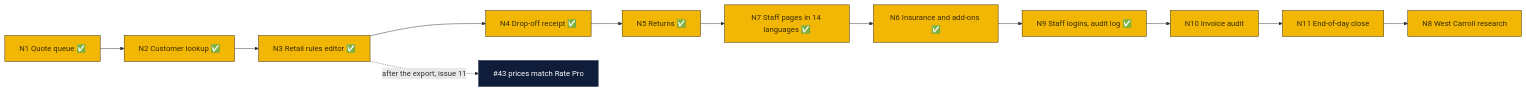
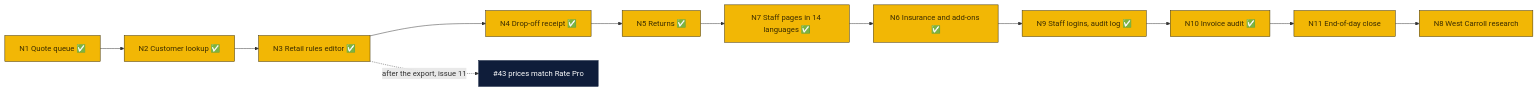
One commit to wbp318/goin-postal-forsythe changed the tenth of 12 diagrams in AGENDA.md. Above: the diagram before and after it, drawn with Mermaid. The commit also changed other lines of this file and 19 other files, not shown here.

First line of the commit message:
PeterShip: carrier invoice audit (N10)

````diff
--- a/AGENDA.md
+++ b/AGENDA.md
@@ -305,9 +305,9 @@
 ```mermaid
 flowchart LR
-  N1["N1 Quote queue ✅"] --> N2["N2 Customer lookup ✅"] --> N3["N3 Retail rules editor ✅"] --> N4["N4 Drop-off receipt ✅"] --> N5["N5 Returns ✅"] --> N7["N7 Staff pages in 14 languages ✅"] --> N6["N6 Insurance and add-ons ✅"] --> N9["N9 Staff logins, audit log ✅"] --> N10["N10 Invoice audit"] --> N11["N11 End-of-day close"] --> N8["N8 West Carroll research"]
+  N1["N1 Quote queue ✅"] --> N2["N2 Customer lookup ✅"] --> N3["N3 Retail rules editor ✅"] --> N4["N4 Drop-off receipt ✅"] --> N5["N5 Returns ✅"] --> N7["N7 Staff pages in 14 languages ✅"] --> N6["N6 Insurance and add-ons ✅"] --> N9["N9 Staff logins, audit log ✅"] --> N10["N10 Invoice audit ✅"] --> N11["N11 End-of-day close"] --> N8["N8 West Carroll research"]
   N3 -.->|"after the export, issue 11"| R["#43 prices match Rate Pro"]
   classDef store fill:#f2b705,stroke:#3b2c00,color:#3b2c00
   classDef cloud fill:#0f1d3a,stroke:#0f1d3a,color:#ffffff
   class N1,N2,N3,N4,N5,N6,N7,N8,N9,N10,N11 store
   class R cloud
 ```
````
